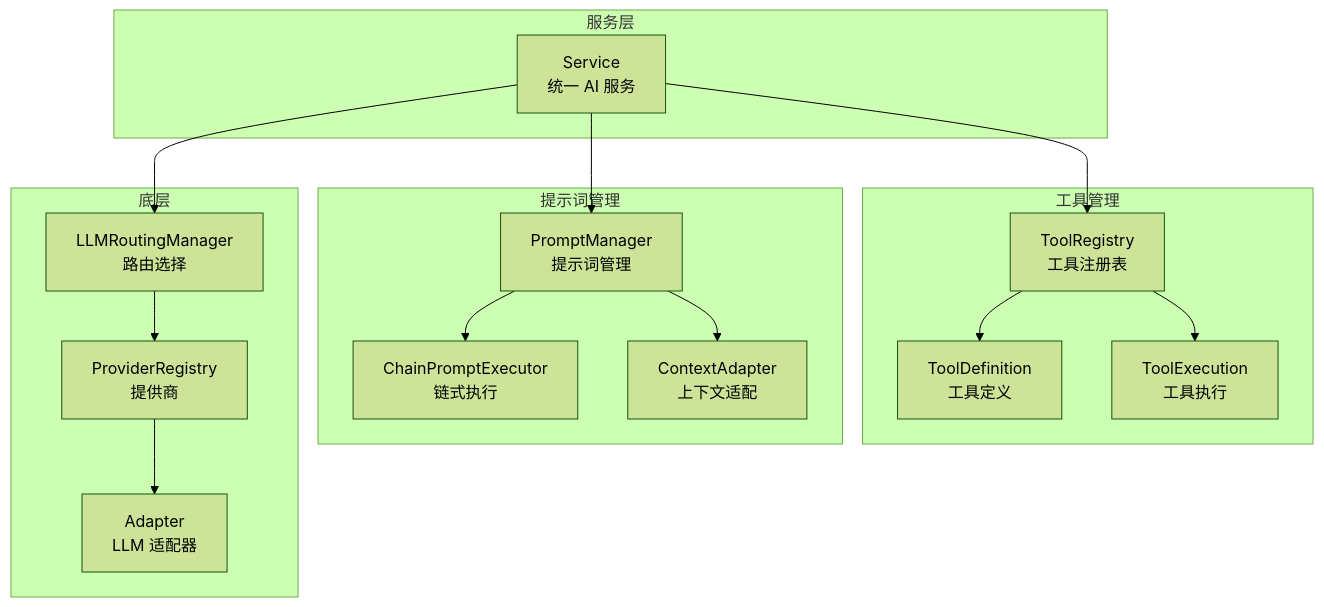
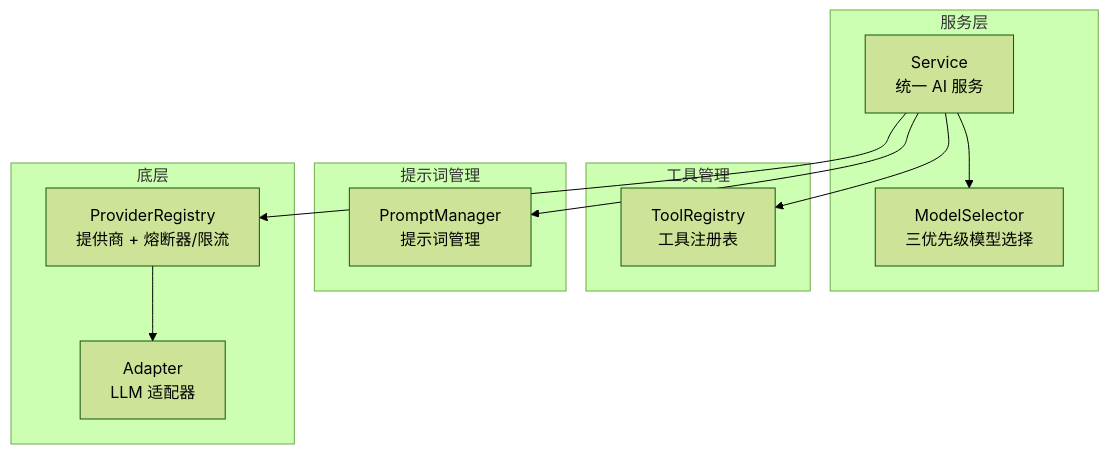
Before and after one commit to OpenNekoPaw/neko-suite: the diagram in packages/neko-agent/packages/platform/src/service/README.md, drawn with Mermaid (forest theme). The commit also changed other lines of this file and 18 other files, not shown here.

````diff
--- a/packages/neko-agent/packages/platform/src/service/README.md
+++ b/packages/neko-agent/packages/platform/src/service/README.md
@@ -7,37 +7,26 @@
 ```mermaid
 graph TB
     subgraph "服务层"
         Service[Service<br/>统一 AI 服务]
+        ModelSel[ModelSelector<br/>三优先级模型选择]
     end
 
     subgraph "工具管理"
         ToolRegistry[ToolRegistry<br/>工具注册表]
-        ToolDef[ToolDefinition<br/>工具定义]
-        ToolExec[ToolExecution<br/>工具执行]
     end
 
     subgraph "提示词管理"
         PromptMgr[PromptManager<br/>提示词管理]
-        ChainExec[ChainPromptExecutor<br/>链式执行]
-        ContextAdapter[ContextAdapter<br/>上下文适配]
     end
 
     subgraph "底层"
-        LLMRouter[LLMRoutingManager<br/>路由选择]
-        Provider[ProviderRegistry<br/>提供商]
+        Provider[ProviderRegistry<br/>提供商 + 熔断器/限流]
         Adapter[Adapter<br/>LLM 适配器]
     end
 
+    Service --> ModelSel
     Service --> ToolRegistry
     Service --> PromptMgr
-    Service --> LLMRouter
-
-    ToolRegistry --> ToolDef
-    ToolRegistry --> ToolExec
-
-    PromptMgr --> ChainExec
-    PromptMgr --> ContextAdapter
-
-    LLMRouter --> Provider
+    Service --> Provider
     Provider --> Adapter
 ```
````
